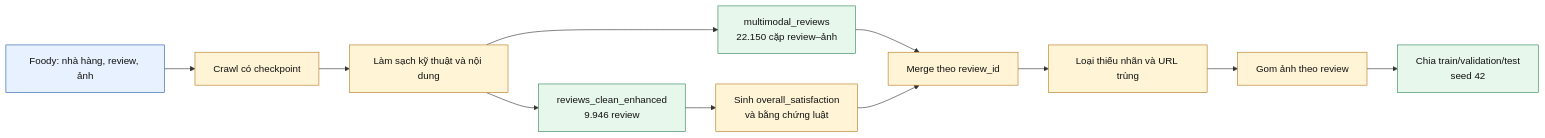
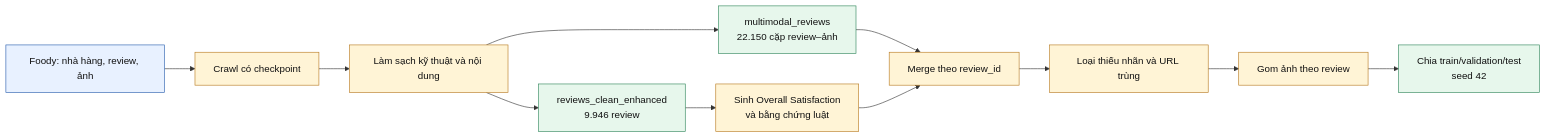
Before and after one commit to lechihoang/SE365: the second of 16 diagrams in Nhom24_Progress_Report.md, drawn with Mermaid. The commit also changed other lines of this file, not shown here.

````diff
--- a/Nhom24_Progress_Report.md
+++ b/Nhom24_Progress_Report.md
@@ -323,20 +624,20 @@
 ```mermaid
 flowchart LR
     A["Foody: nhà hàng, review, ảnh"] --> B["Crawl có checkpoint"]
     B --> C["Làm sạch kỹ thuật và nội dung"]
     C --> D["reviews_clean_enhanced<br/>9.946 review"]
     C --> E["multimodal_reviews<br/>22.150 cặp review–ảnh"]
-    D --> F["Sinh overall_satisfaction<br/>và bằng chứng luật"]
+    D --> F["Sinh Overall Satisfaction<br/>và bằng chứng luật"]
     E --> G["Merge theo review_id"]
     F --> G
     G --> H["Loại thiếu nhãn và URL trùng"]
     H --> I["Gom ảnh theo review"]
     I --> J["Chia train/validation/test<br/>seed 42"]
 
     classDef source fill:#e8f1ff,stroke:#275dad,color:#111;
     classDef process fill:#fff4d6,stroke:#b7791f,color:#111;
     classDef output fill:#e7f7ec,stroke:#2f855a,color:#111;
     class A source;
     class B,C,F,G,H,I process;
     class D,E,J output;
 ```
````
